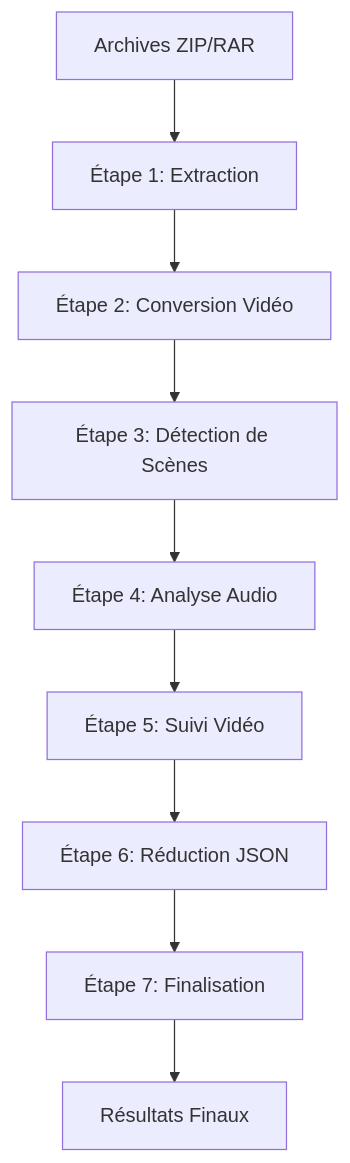
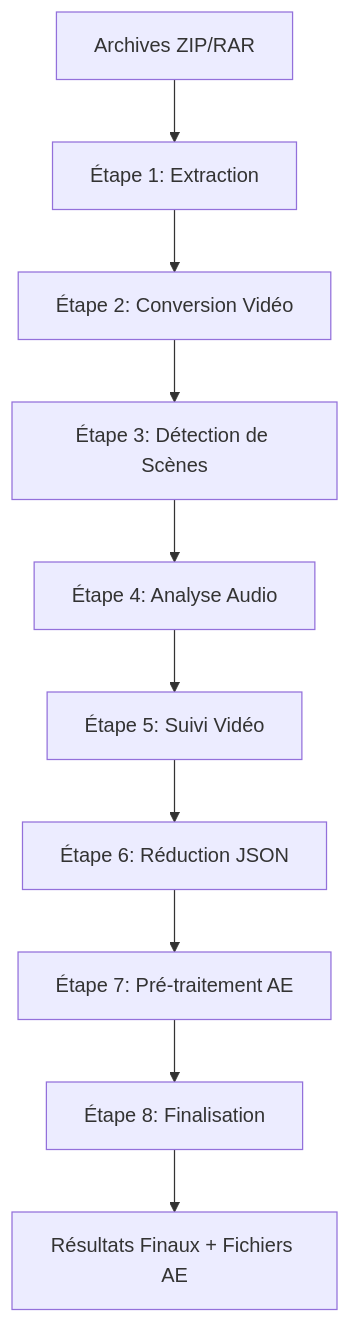
Before and after one commit to ki2pixel/workflow_mediapipe: the diagram in docs/workflow/overview.md, drawn with Mermaid. The commit also changed other lines of this file and 90 other files, not shown here.

````diff
--- a/docs/workflow/overview.md
+++ b/docs/workflow/overview.md
@@ -50,11 +48,12 @@
 ```mermaid
 graph TD
     A[Archives ZIP/RAR] --> B[Étape 1: Extraction]
     B --> C[Étape 2: Conversion Vidéo]
     C --> D[Étape 3: Détection de Scènes]
     D --> E[Étape 4: Analyse Audio]
     E --> F[Étape 5: Suivi Vidéo]
     F --> G[Étape 6: Réduction JSON]
-    G --> H[Étape 7: Finalisation]
-    H --> I[Résultats Finaux]
+    G --> H[Étape 7: Pré-traitement AE]
+    H --> I[Étape 8: Finalisation]
+    I --> J[Résultats Finaux + Fichiers AE]
 ```
````
